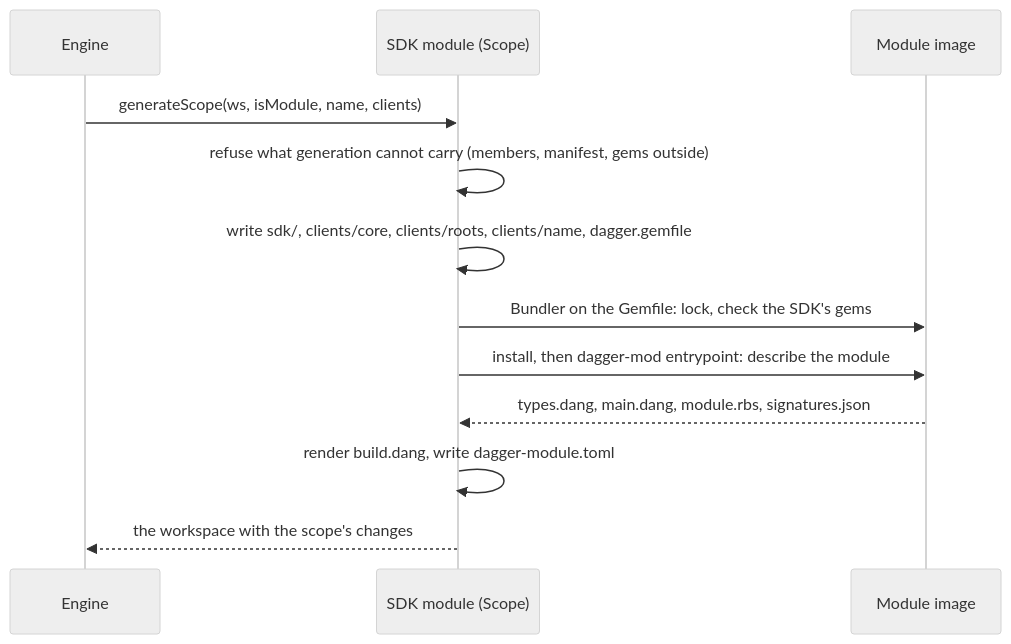
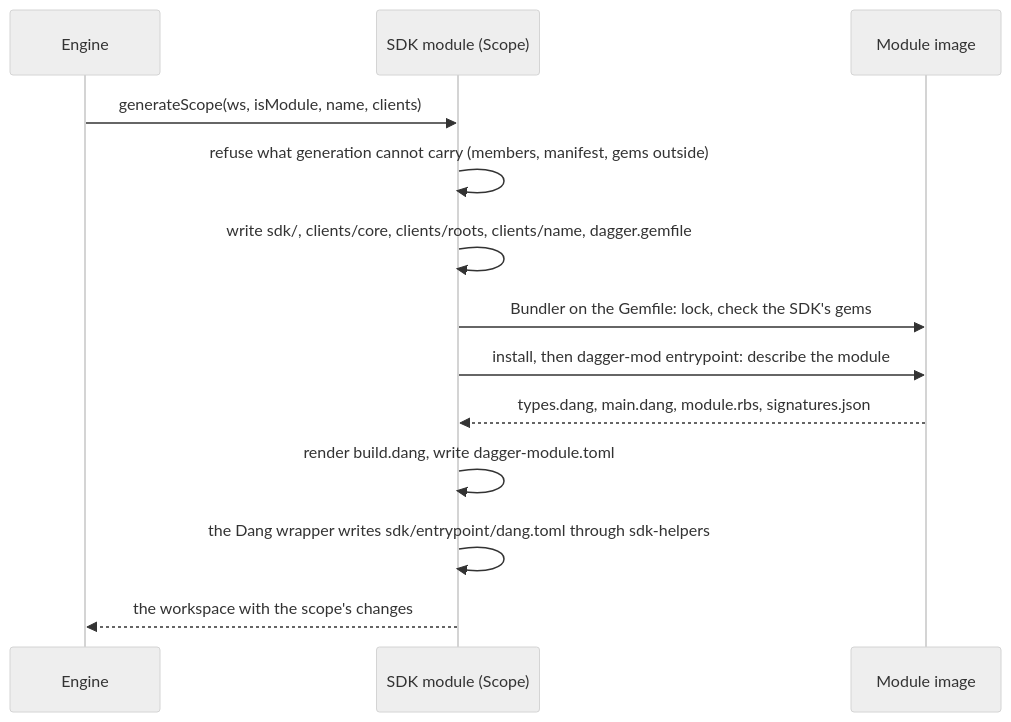
One commit to dagger/ruby-sdk changed the second of 3 diagrams in hack/designs/ruby-sdk-design.md. Above: the diagram before and after it, drawn with Mermaid (neutral theme). The commit also changed other lines of this file and 23 other files, not shown here.

Commit message:
feat: write a dang.toml beside a generated entrypoint

````diff
--- a/hack/designs/ruby-sdk-design.md
+++ b/hack/designs/ruby-sdk-design.md
@@ -53,14 +53,15 @@
 ```mermaid
 sequenceDiagram
   participant E as Engine
   participant S as SDK module (Scope)
   participant I as Module image
   E->>S: generateScope(ws, isModule, name, clients)
   S->>S: refuse what generation cannot carry (members, manifest, gems outside)
   S->>S: write sdk/, clients/core, clients/roots, clients/name, dagger.gemfile
   S->>I: Bundler on the Gemfile: lock, check the SDK's gems
   S->>I: install, then dagger-mod entrypoint: describe the module
   I-->>S: types.dang, main.dang, module.rbs, signatures.json
   S->>S: render build.dang, write dagger-module.toml
+  S->>S: the Dang wrapper writes sdk/entrypoint/dang.toml through sdk-helpers
   S-->>E: the workspace with the scope's changes
 ```
````
